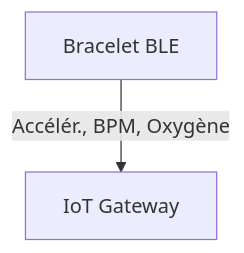
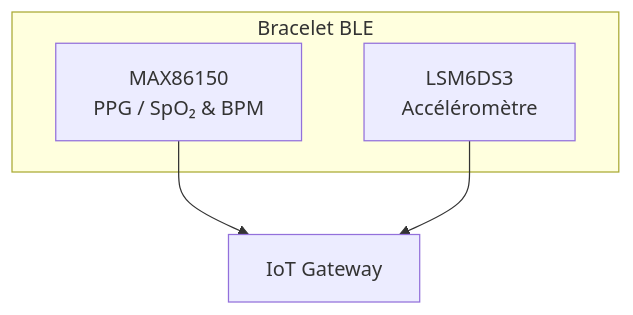
One commit to ErwanHeschung/AL-2025-2026 changed the second of 4 diagrams in docs/ARCHITECTURE.md. Above: the diagram before and after it, drawn with Mermaid. The commit also changed other lines of this file and 2 other files, not shown here.

````diff
--- a/docs/ARCHITECTURE.md
+++ b/docs/ARCHITECTURE.md
@@ -168,4 +183,12 @@
 ```mermaid
 graph TD
-B[Bracelet BLE] -->|Accélér., BPM, Oxygène| GW[IoT Gateway]
+subgraph B[Bracelet BLE]
+    C1[MAX86150<br>PPG / SpO₂ & BPM]
+    C2[LSM6DS3<br>Accéléromètre]
+end
+
+%% Flèches individuelles vers la gateway
+C1 --> GW[IoT Gateway]
+C2 --> GW
+
 ```
````
